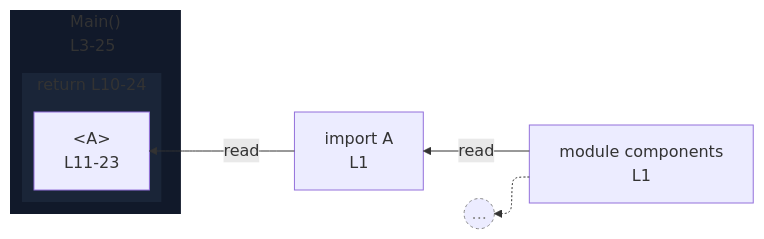
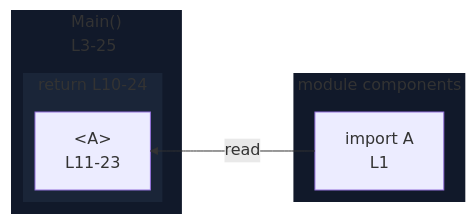
The diagram in integration/fixtures/jsx/nested-five/pruned-r23/preview.md (crescware/unsnarl), drawn with Mermaid before and after one commit. The commit also changed 153 other files, not shown here.

First line of the commit message:
Render import sources as module subgraphs instead of module nodes

````diff
--- a/integration/fixtures/jsx/nested-five/pruned-r23/preview.md
+++ b/integration/fixtures/jsx/nested-five/pruned-r23/preview.md
@@ -41,24 +41,22 @@
 ```mermaid
 %%{init: {"flowchart": {"defaultRenderer": "elk"}}}%%
 flowchart RL
   %% pruning roots 23=1 ancestors=10 descendants=10
-  n_scope_0_A_9["import A<br/>L1"]
   subgraph s_scope_1["Main()<br/>L3-25"]
     direction RL
     subgraph s_return_scope_0_Main_54_151_331["return L10-24"]
       direction RL
       ret_use_ref_5["&lt;A&gt;<br/>L11-23"]
     end
   end
+  subgraph sg_components["module components"]
+    direction RL
+    n_scope_0_A_9["import A<br/>L1"]
+  end
   n_scope_0_A_9 -->|read| ret_use_ref_5
-  mod_components["module components<br/>L1"]
-  mod_components -->|read| n_scope_0_A_9
-  boundary_stub_1((...))
-  mod_components -.-> boundary_stub_1
-  classDef boundaryStub stroke:#888,stroke-dasharray:3 3,color:#888;
-  class boundary_stub_1 boundaryStub;
   classDef nestL1 fill:#11192a,stroke:transparent;
   class s_scope_1 nestL1;
+  class sg_components nestL1;
   classDef nestL2 fill:#1a2538,stroke:transparent;
   class s_return_scope_0_Main_54_151_331 nestL2;
 ```
````
